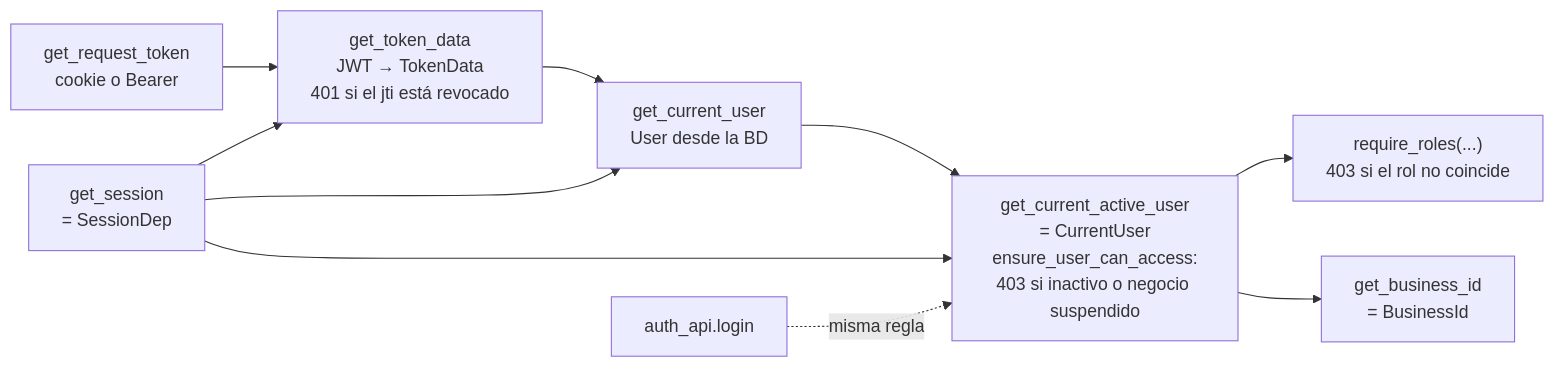
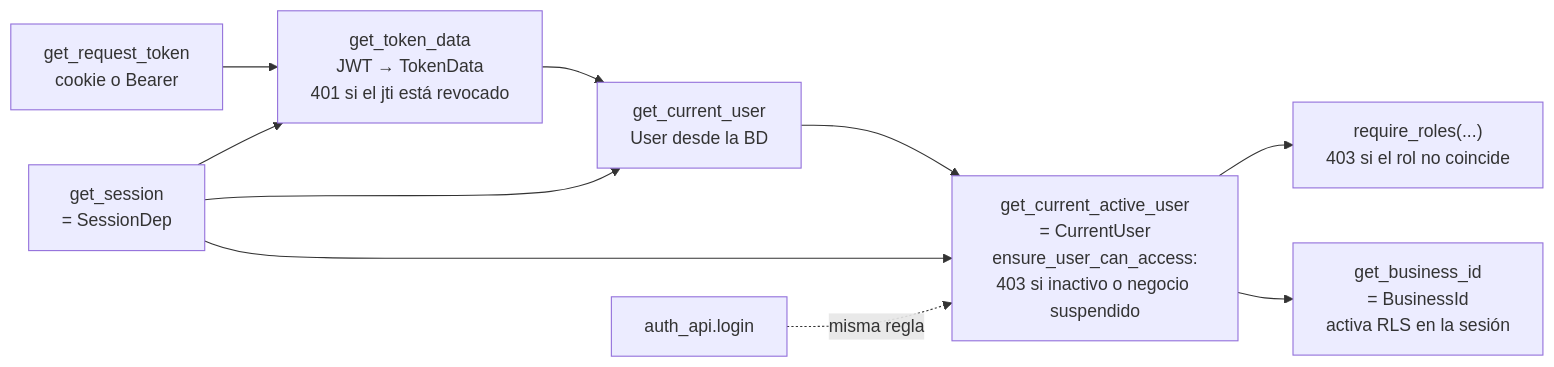
One commit to AGA-Studio/Member-Web changed diagram 13 of 15 in docs/ARCHITECTURE.md. Above: the diagram before and after it, drawn with Mermaid. The commit also changed other lines of this file and 2 other files, not shown here.

````diff
--- a/docs/ARCHITECTURE.md
+++ b/docs/ARCHITECTURE.md
@@ -731,12 +732,12 @@
 ```mermaid
 flowchart LR
     RT["get_request_token<br/>cookie o Bearer"] --> T
     T["get_token_data<br/>JWT → TokenData<br/>401 si el jti está revocado"] --> CU["get_current_user<br/>User desde la BD"]
     CU --> CA["get_current_active_user<br/>= CurrentUser<br/>ensure_user_can_access:<br/>403 si inactivo o negocio suspendido"]
     CA --> RR["require_roles(...)<br/>403 si el rol no coincide"]
-    CA --> BI["get_business_id<br/>= BusinessId"]
+    CA --> BI["get_business_id<br/>= BusinessId<br/>activa RLS en la sesión"]
     SD["get_session<br/>= SessionDep"] --> CU
     SD --> CA
     SD --> T
     LOGIN["auth_api.login"] -. "misma regla" .-> CA
 ```
````
